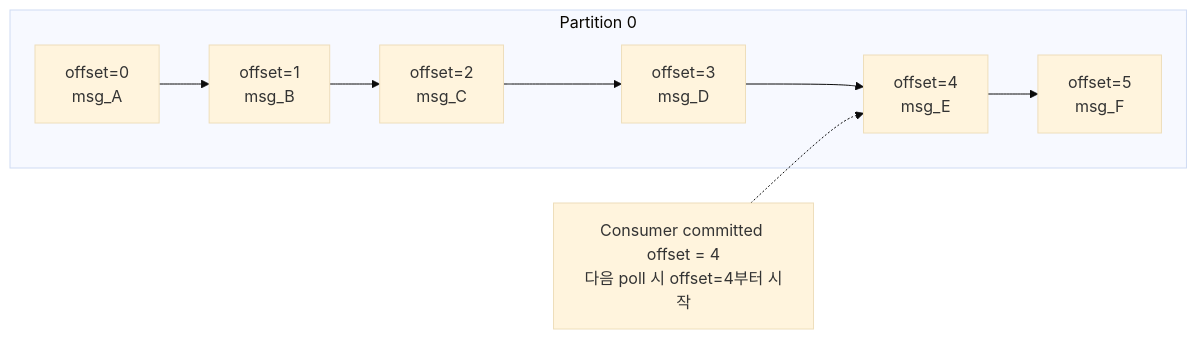
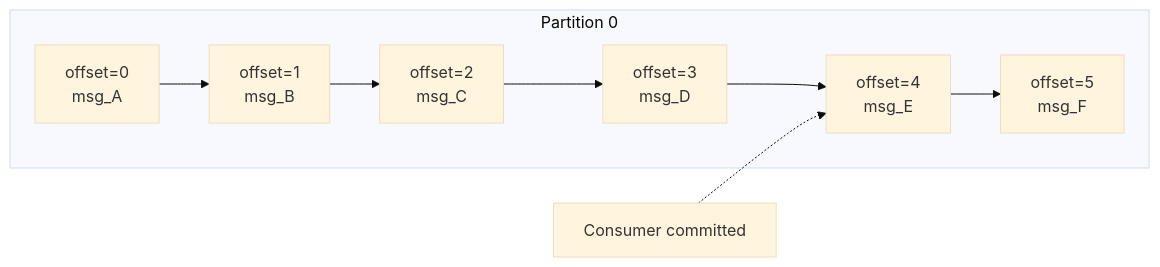
Before and after one commit to yjkim2015/yjkim2015.github.io: the seventh of 17 diagrams in _posts/kafka/2026-05-01-kafka-fundamentals.md, drawn with Mermaid (base theme). The commit also changed other lines of this file and 271 other files, not shown here.

First line of the commit message:
Mermaid 라벨 축소: 긴 노드 텍스트 18자 이하로 트림 + \n 제거

````diff
--- a/_posts/kafka/2026-05-01-kafka-fundamentals.md
+++ b/_posts/kafka/2026-05-01-kafka-fundamentals.md
@@ -210,13 +210,13 @@
 ```mermaid
 graph LR
     subgraph partition0["Partition 0"]
         O0["offset=0\nmsg_A"]
         O1["offset=1\nmsg_B"]
         O2["offset=2\nmsg_C"]
         O3["offset=3\nmsg_D"]
         O4["offset=4\nmsg_E"]
         O5["offset=5\nmsg_F"]
         O0 --> O1 --> O2 --> O3 --> O4 --> O5
     end
-    COMMIT["Consumer committed offset = 4\n다음 poll 시 offset=4부터 시작"] -.-> O4
+    COMMIT["Consumer committed"] -.-> O4
 ```
````
